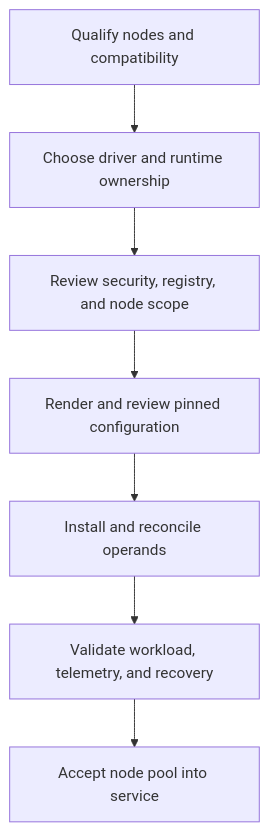
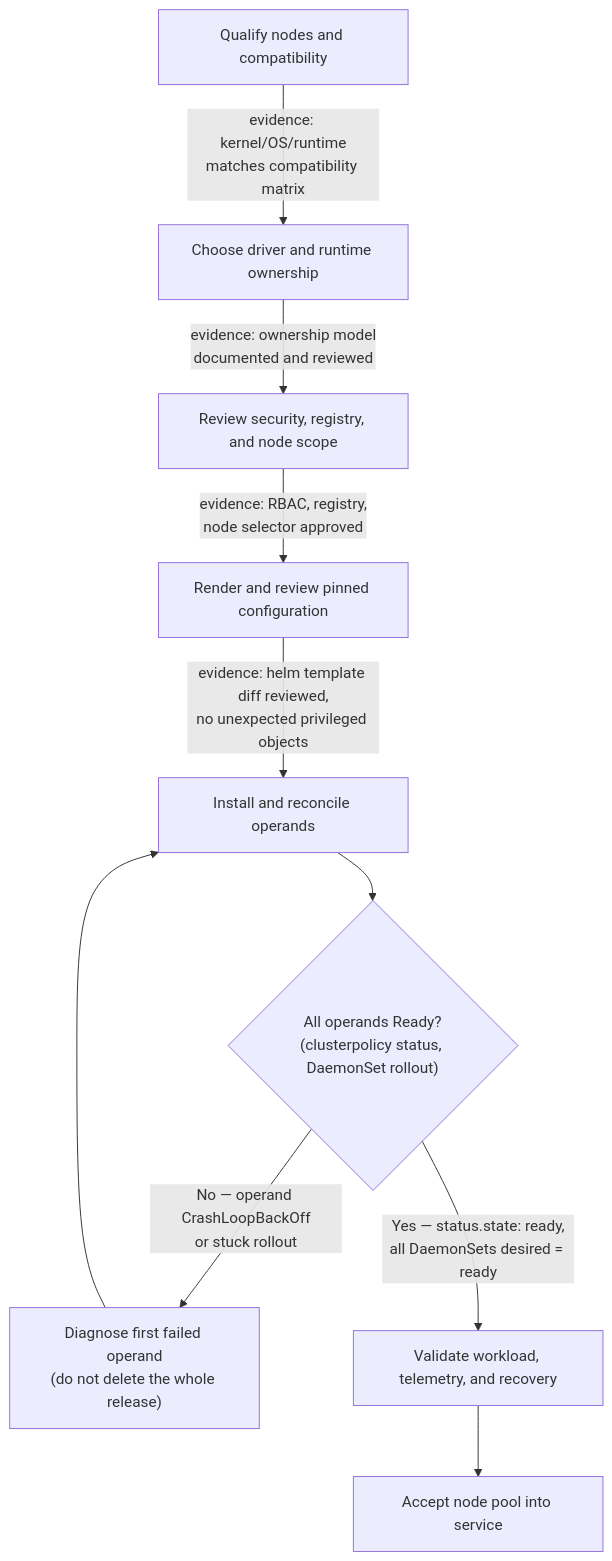
The diagram in docs/nvidia-zero-to-hero/volume-10/chapter-10-production-installation-and-configuration.md (jithinpnjm/nvidia-devops), drawn with Mermaid before and after one commit. The commit also changed other lines of this file and 10 other files, not shown here.

````diff
--- a/docs/nvidia-zero-to-hero/volume-10/chapter-10-production-installation-and-configuration.md
+++ b/docs/nvidia-zero-to-hero/volume-10/chapter-10-production-installation-and-configuration.md
@@ -20,9 +20,12 @@
 ```mermaid
 flowchart TD
-    Qualify[Qualify nodes and compatibility] --> Ownership[Choose driver and runtime ownership]
-    Ownership --> Policy[Review security, registry, and node scope]
-    Policy --> Render[Render and review pinned configuration]
-    Render --> Reconcile[Install and reconcile operands]
-    Reconcile --> Accept[Validate workload, telemetry, and recovery]
+    Qualify[Qualify nodes and compatibility] -->|"evidence: kernel/OS/runtime<br/>matches compatibility matrix"| Ownership[Choose driver and runtime ownership]
+    Ownership -->|"evidence: ownership model<br/>documented and reviewed"| Policy[Review security, registry, and node scope]
+    Policy -->|"evidence: RBAC, registry,<br/>node selector approved"| Render[Render and review pinned configuration]
+    Render -->|"evidence: helm template diff reviewed,<br/>no unexpected privileged objects"| Reconcile[Install and reconcile operands]
+    Reconcile --> Ready{"All operands Ready?<br/>(clusterpolicy status, DaemonSet rollout)"}
+    Ready -->|"No — operand CrashLoopBackOff<br/>or stuck rollout"| Diagnose["Diagnose first failed operand<br/>(do not delete the whole release)"]
+    Diagnose --> Reconcile
+    Ready -->|"Yes — status.state: ready,<br/>all DaemonSets desired = ready"| Accept[Validate workload, telemetry, and recovery]
     Accept --> Operate[Accept node pool into service]
 ```
````
